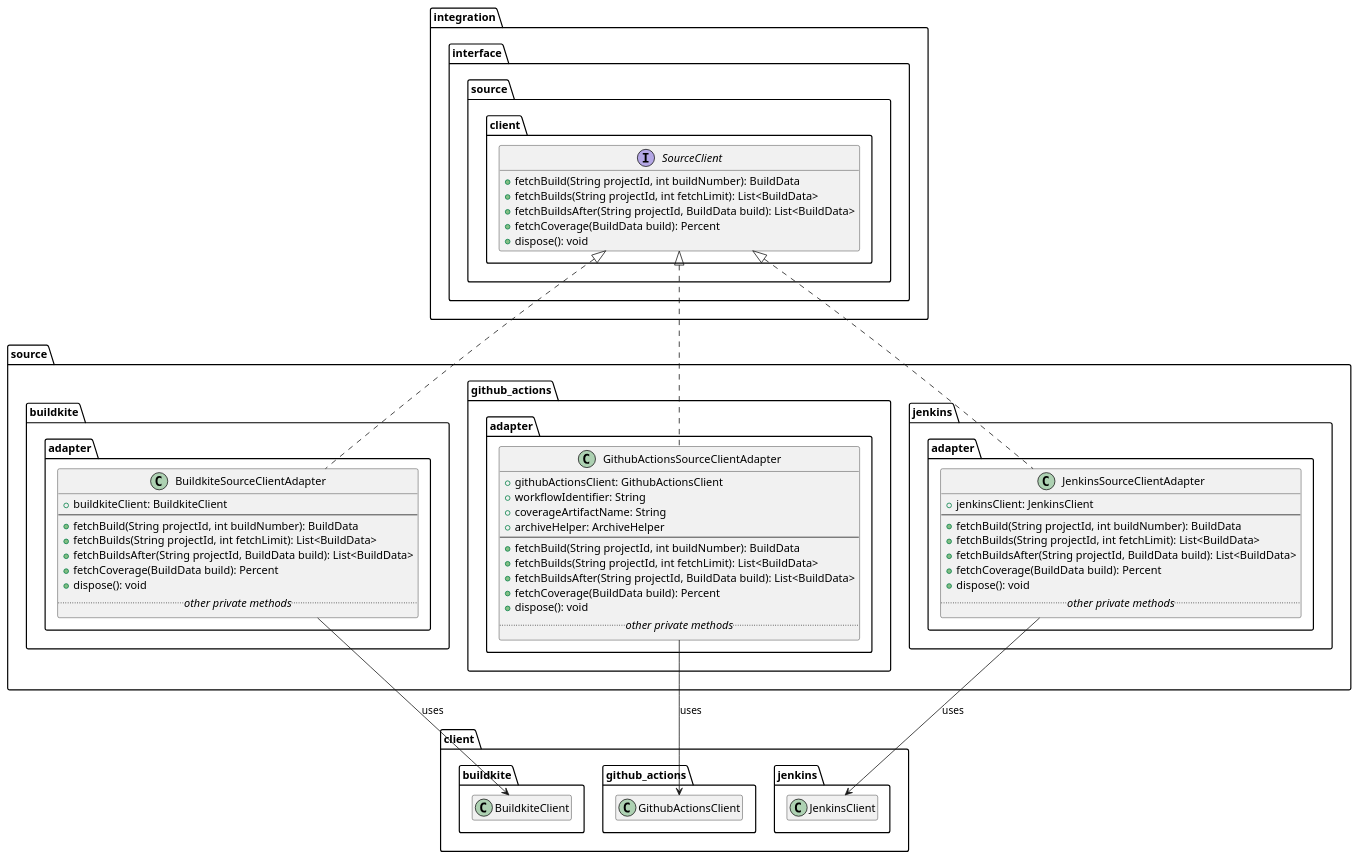
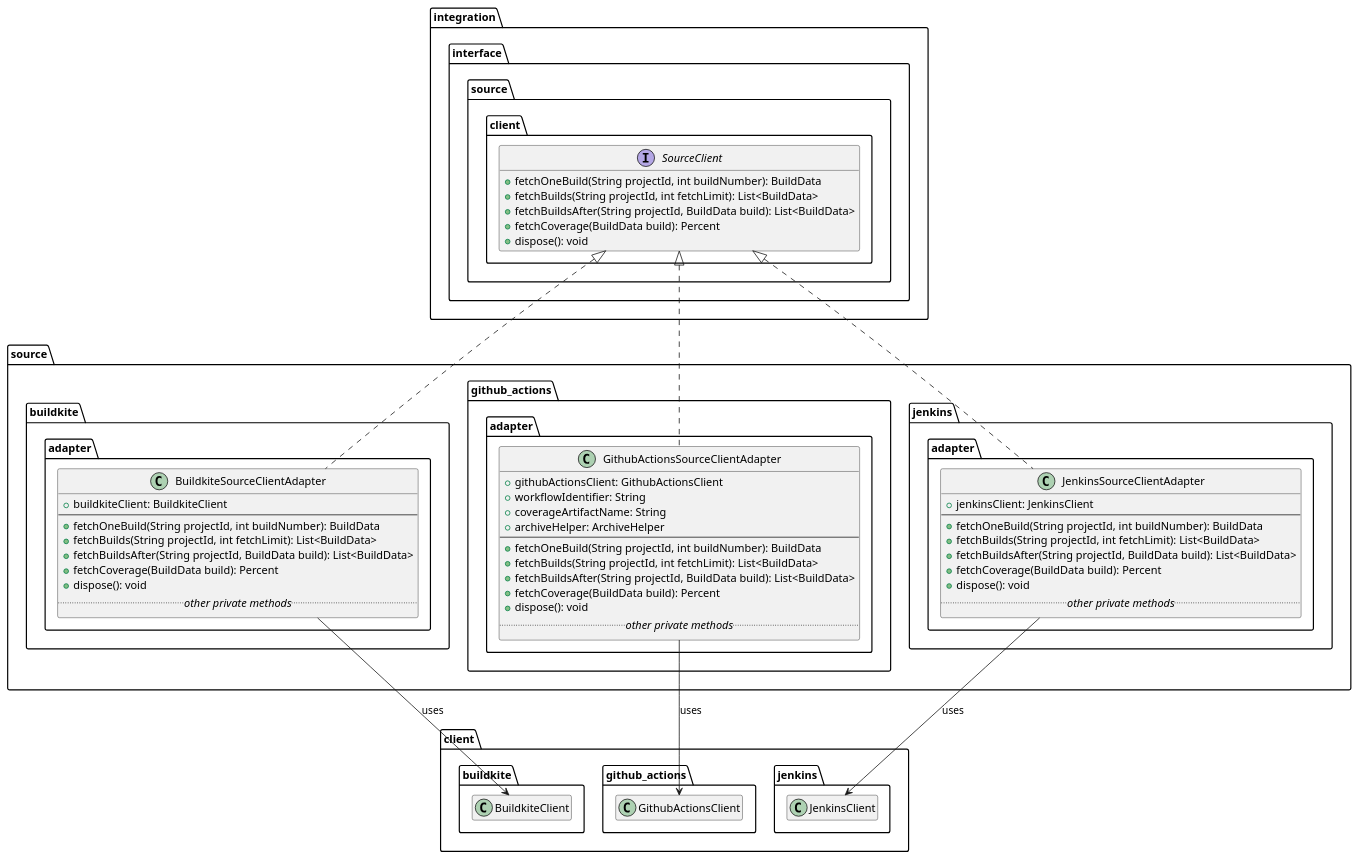
One commit to Flank/flank-dashboard changed the diagram in metrics/ci_integrations/docs/features/in_progress_builds/diagrams/source_clients_class_diagram.puml. Above: the diagram before and after it, drawn with PlantUML. The commit also changed 3 other files, not shown here.

```diff
--- a/metrics/ci_integrations/docs/features/in_progress_builds/diagrams/source_clients_class_diagram.puml
+++ b/metrics/ci_integrations/docs/features/in_progress_builds/diagrams/source_clients_class_diagram.puml
@@ -1,82 +1,82 @@
 @startuml source_clients_class_diagram
 'https://plantuml.com/class-diagram
 
 hide empty members
 
 package integration.interface.source.client {
     interface SourceClient {
-        + fetchBuild(String projectId, int buildNumber): BuildData
+        + fetchOneBuild(String projectId, int buildNumber): BuildData
         + fetchBuilds(String projectId, int fetchLimit): List<BuildData>
         + fetchBuildsAfter(String projectId, BuildData build): List<BuildData>
         + fetchCoverage(BuildData build): Percent
         + dispose(): void
     }
 }
 
 package source {
     package buildkite.adapter {
         class BuildkiteSourceClientAdapter {
             + buildkiteClient: BuildkiteClient
             --
-            + fetchBuild(String projectId, int buildNumber): BuildData
+            + fetchOneBuild(String projectId, int buildNumber): BuildData
             + fetchBuilds(String projectId, int fetchLimit): List<BuildData>
             + fetchBuildsAfter(String projectId, BuildData build): List<BuildData>
             + fetchCoverage(BuildData build): Percent
             + dispose(): void
             .. //other private methods// ..
         }
     }
 
     package github_actions.adapter {
         class GithubActionsSourceClientAdapter {
             + githubActionsClient: GithubActionsClient
             + workflowIdentifier: String
             + coverageArtifactName: String
             + archiveHelper: ArchiveHelper
             --
-            + fetchBuild(String projectId, int buildNumber): BuildData
+            + fetchOneBuild(String projectId, int buildNumber): BuildData
             + fetchBuilds(String projectId, int fetchLimit): List<BuildData>
             + fetchBuildsAfter(String projectId, BuildData build): List<BuildData>
             + fetchCoverage(BuildData build): Percent
             + dispose(): void
             .. //other private methods// ..
         }
     }
 
     package jenkins.adapter {
         class JenkinsSourceClientAdapter {
             + jenkinsClient: JenkinsClient
             --
-            + fetchBuild(String projectId, int buildNumber): BuildData
+            + fetchOneBuild(String projectId, int buildNumber): BuildData
             + fetchBuilds(String projectId, int fetchLimit): List<BuildData>
             + fetchBuildsAfter(String projectId, BuildData build): List<BuildData>
             + fetchCoverage(BuildData build): Percent
             + dispose(): void
             .. //other private methods// ..
         }
     }
 }
 
 BuildkiteSourceClientAdapter .up.|> SourceClient
 GithubActionsSourceClientAdapter .up.|> SourceClient
 JenkinsSourceClientAdapter .up.|> SourceClient
 
 package client {
     package buildkite {
         class BuildkiteClient {}
     }
 
     package github_actions {
         class GithubActionsClient {}
     }
 
     package jenkins {
         class JenkinsClient {}
     }
 }
 
 BuildkiteSourceClientAdapter -down-> BuildkiteClient: uses
 GithubActionsSourceClientAdapter -down-> GithubActionsClient: uses
 JenkinsSourceClientAdapter -down-> JenkinsClient: uses
 
 @enduml
```
